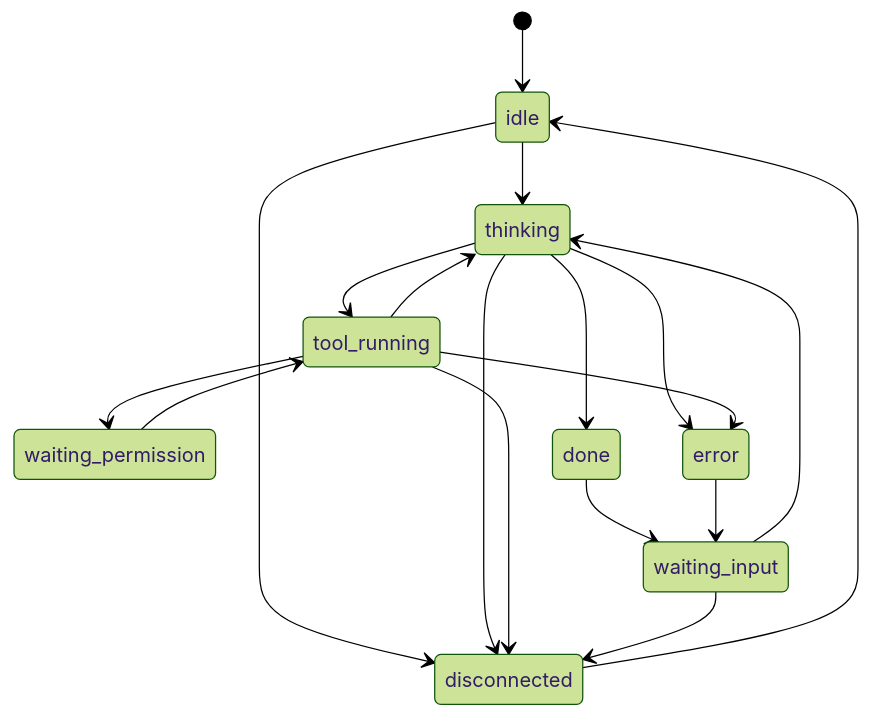
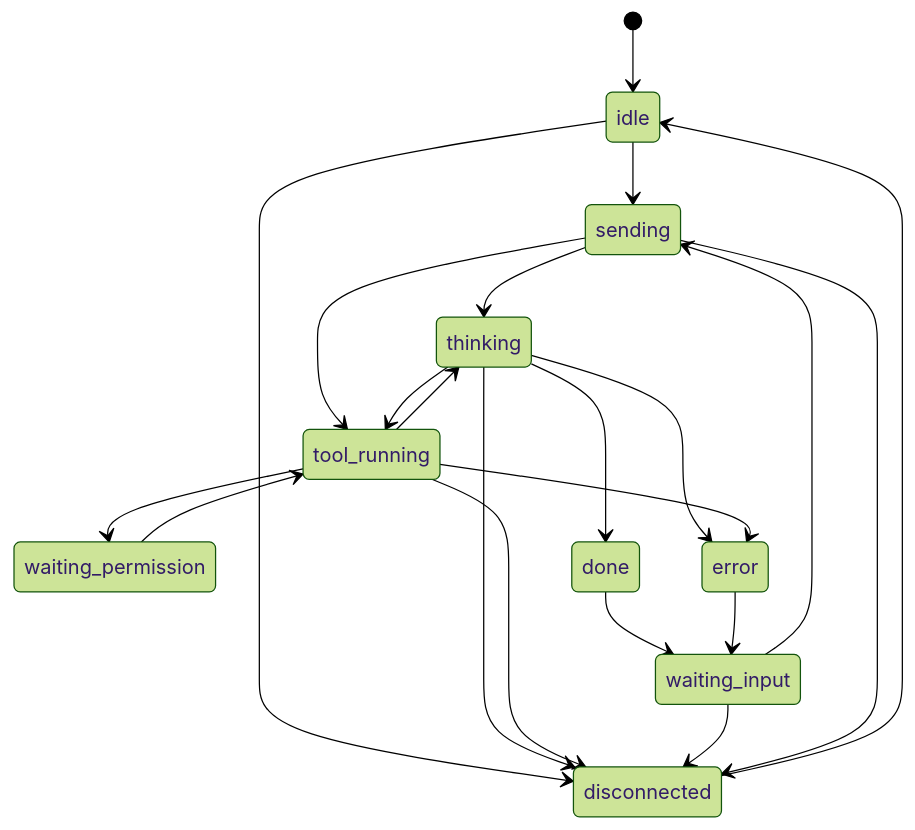
The second of 2 diagrams in docs/specs/protocol.md (sakuraiyuta/kaoiro), drawn with Mermaid (forest theme) before and after one commit. The commit also changed other lines of this file and 12 other files, not shown here.

````diff
--- a/docs/specs/protocol.md
+++ b/docs/specs/protocol.md
@@ -175,20 +176,23 @@
 ```mermaid
 stateDiagram-v2
   [*] --> idle
-  idle --> thinking
+  idle --> sending
+  waiting_input --> sending
+  sending --> thinking
+  sending --> tool_running
   thinking --> tool_running
   tool_running --> waiting_permission
   waiting_permission --> tool_running
   tool_running --> thinking
   thinking --> done
   thinking --> error
   tool_running --> error
   done --> waiting_input
   error --> waiting_input
-  waiting_input --> thinking
   idle --> disconnected
   thinking --> disconnected
   tool_running --> disconnected
   waiting_input --> disconnected
+  sending --> disconnected
   disconnected --> idle
 ```
````
